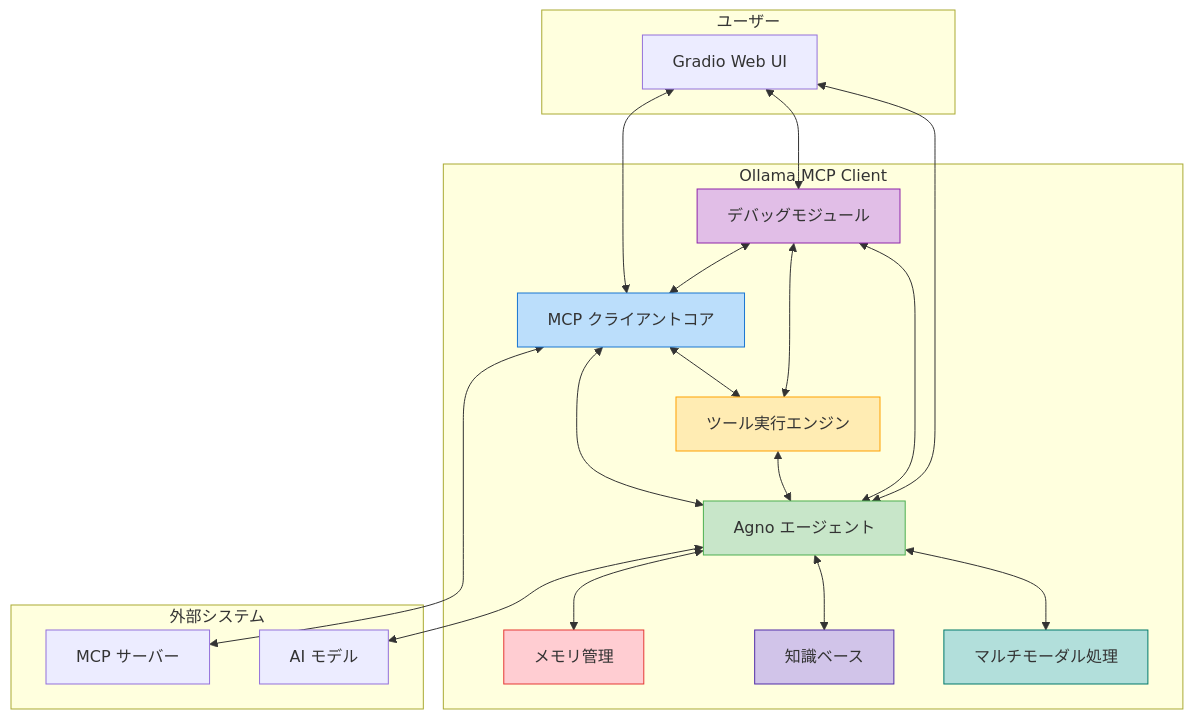
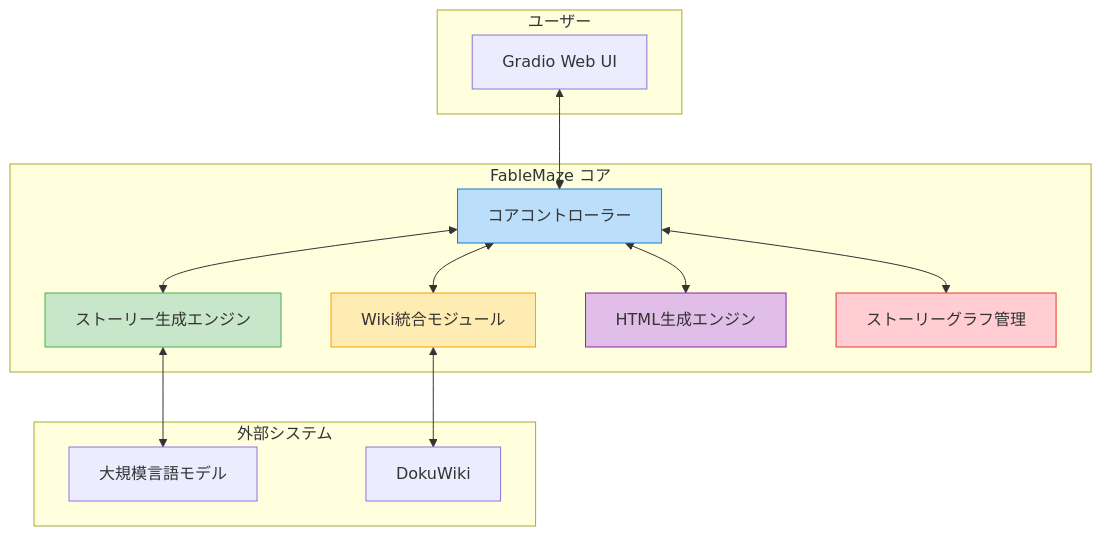
One commit to NewAITees/FableMaze changed the first of 7 diagrams in docs/ARCHITECTURE.md. Above: the diagram before and after it, drawn with Mermaid. The commit also changed other lines of this file and 6 other files, not shown here.

Commit message:
Rename project from Ollama MCP Client & Agent to FableMaze, updating documentation and structure to reflect new branding and functionality focused on interactive story generation. Remove obsolete visualizer module and adjust setup instructions for development environment.

````diff
--- a/docs/ARCHITECTURE.md
+++ b/docs/ARCHITECTURE.md
@@ -9,46 +9,34 @@
 ```mermaid
 graph TB
     subgraph "ユーザー"
         UI[Gradio Web UI]
     end
     
-    subgraph "Ollama MCP Client"
-        Client[MCP クライアントコア]
-        AgnoAgent[Agno エージェント]
-        Tools[ツール実行エンジン]
-        Debug[デバッグモジュール]
-        Memory[メモリ管理]
-        Knowledge[知識ベース]
-        Multimodal[マルチモーダル処理]
+    subgraph "FableMaze コア"
+        Controller[コアコントローラー]
+        StoryEngine[ストーリー生成エンジン]
+        WikiIntegration[Wiki統合モジュール]
+        HTMLEngine[HTML生成エンジン]
+        StoryGraph[ストーリーグラフ管理]
     end
     
     subgraph "外部システム"
-        MCP[MCP サーバー]
-        Models[AI モデル]
+        LLM[大規模言語モデル]
+        DokuWiki[DokuWiki]
     end
     
-    UI <--> Client
-    UI <--> Debug
-    UI <--> AgnoAgent
+    UI <--> Controller
+    Controller <--> StoryEngine
+    Controller <--> WikiIntegration
+    Controller <--> HTMLEngine
+    Controller <--> StoryGraph
     
-    Client <--> MCP
-    AgnoAgent <--> Models
-    Client <--> AgnoAgent
-    Client <--> Tools
-    Tools <--> AgnoAgent
-    Debug <--> Client
-    Debug <--> Tools
-    Debug <--> AgnoAgent
+    StoryEngine <--> LLM
+    WikiIntegration <--> DokuWiki
     
-    AgnoAgent <--> Memory
-    AgnoAgent <--> Knowledge
-    AgnoAgent <--> Multimodal
-    
-    style Client fill:#bbdefb,stroke:#1976d2
-    style AgnoAgent fill:#c8e6c9,stroke:#4caf50
-    style Tools fill:#ffecb3,stroke:#ffa000
-    style Debug fill:#e1bee7,stroke:#8e24aa
-    style Memory fill:#ffcdd2,stroke:#e53935
-    style Knowledge fill:#d1c4e9,stroke:#512da8
-    style Multimodal fill:#b2dfdb,stroke:#00796b
+    style Controller fill:#bbdefb,stroke:#1976d2
+    style StoryEngine fill:#c8e6c9,stroke:#4caf50
+    style WikiIntegration fill:#ffecb3,stroke:#ffa000
+    style HTMLEngine fill:#e1bee7,stroke:#8e24aa
+    style StoryGraph fill:#ffcdd2,stroke:#e53935
 ```
````
